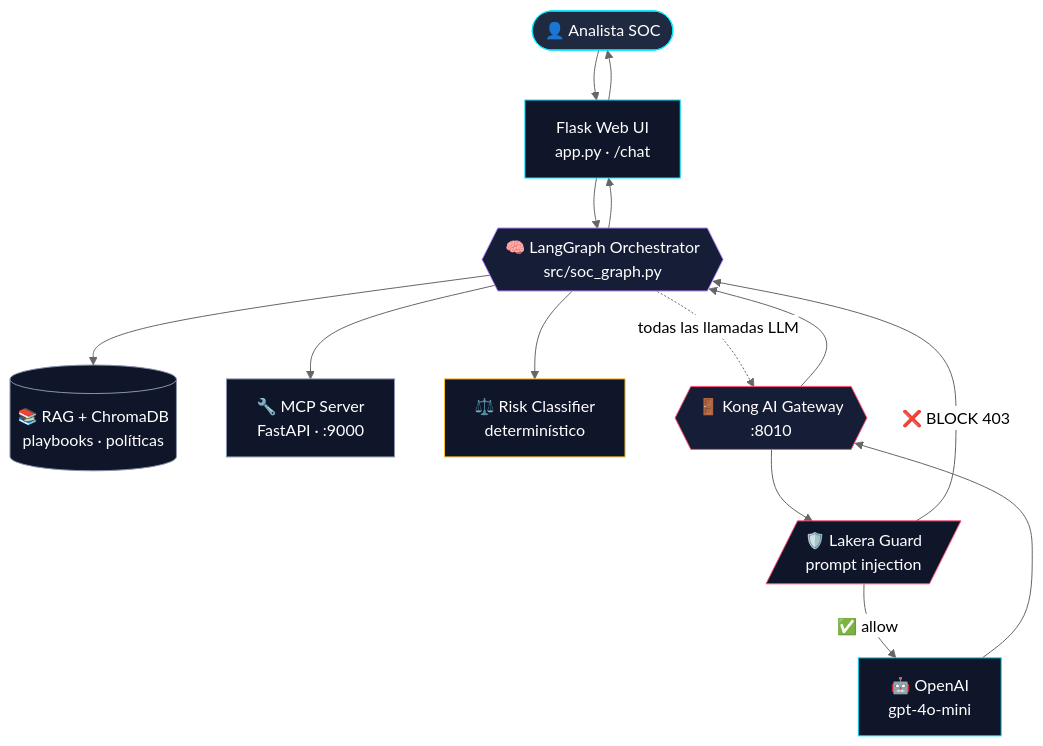
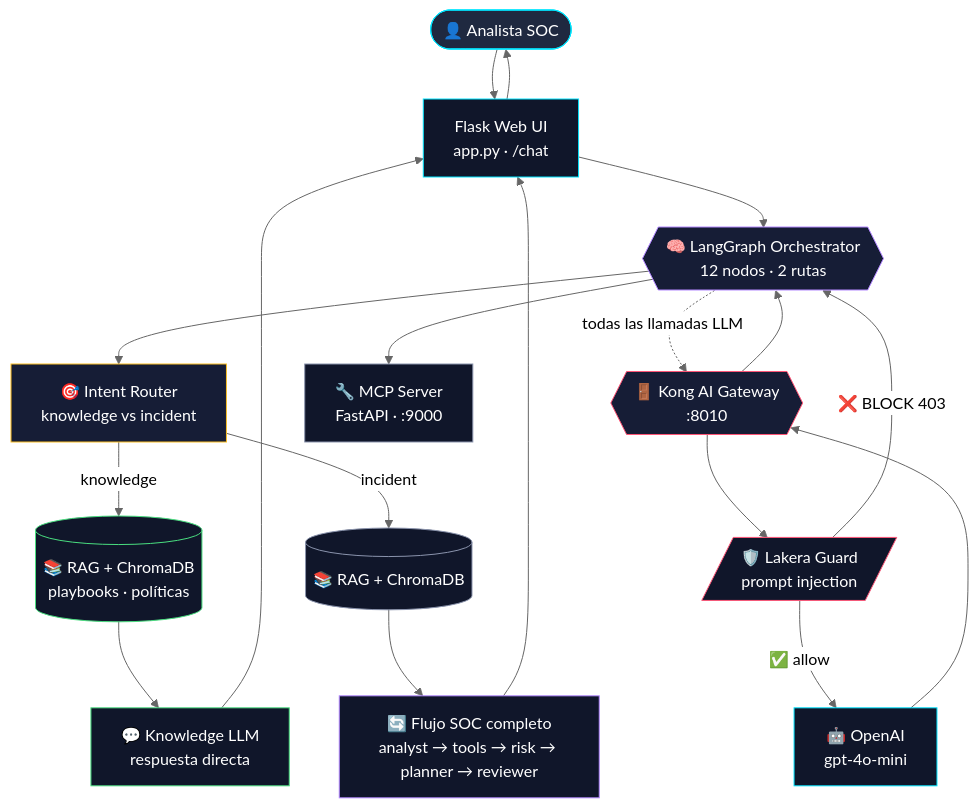
One commit to dcambronero/soc-copilot-agentic-ai-kong-lakera-langgraph changed the first of 3 diagrams in README.md. Above: the diagram before and after it, drawn with Mermaid (neutral theme). The commit also changed other lines of this file, not shown here.

Commit message:
Update README with V6 architecture and deployment guide

````diff
--- a/README.md
+++ b/README.md
@@ -67,30 +120,39 @@
 ```mermaid
 flowchart TD
     User([👤 Analista SOC]) --> Flask[Flask Web UI<br/>app.py · /chat]
-    Flask --> LG{{🧠 LangGraph Orchestrator<br/>src/soc_graph.py}}
+    Flask --> LG{{🧠 LangGraph Orchestrator<br/>12 nodos · 2 rutas}}
 
-    LG --> RAG[(📚 RAG + ChromaDB<br/>playbooks · políticas)]
-    LG --> MCP[🔧 MCP Server<br/>FastAPI · :9000]
-    LG --> Risk[⚖️ Risk Classifier<br/>determinístico]
+    LG --> IR[🎯 Intent Router<br/>knowledge vs incident]
+
+    IR -- knowledge --> KRAG[(📚 RAG + ChromaDB<br/>playbooks · políticas)]
+    IR -- incident --> RAG[(📚 RAG + ChromaDB)]
+
+    KRAG --> KLLM[💬 Knowledge LLM<br/>respuesta directa]
+    RAG --> Flow[🔄 Flujo SOC completo<br/>analyst → tools → risk → planner → reviewer]
 
     LG -.todas las llamadas LLM.-> Kong{{🚪 Kong AI Gateway<br/>:8010}}
+    LG --> MCP[🔧 MCP Server<br/>FastAPI · :9000]
 
     Kong --> Lakera[/🛡️ Lakera Guard<br/>prompt injection/]
     Lakera -- ❌ BLOCK 403 --> LG
     Lakera -- ✅ allow --> OpenAI[🤖 OpenAI<br/>gpt-4o-mini]
     OpenAI --> Kong
     Kong --> LG
 
-    LG --> Flask
+    KLLM --> Flask
+    Flow --> Flask
     Flask --> User
 
     style User fill:#1f2940,stroke:#00e5ff,color:#fff
     style Flask fill:#10162a,stroke:#00e5ff,color:#fff
     style LG fill:#161d36,stroke:#b388ff,color:#fff
+    style IR fill:#161d36,stroke:#fbbf24,color:#fff
     style Kong fill:#161d36,stroke:#ff5577,color:#fff
     style Lakera fill:#10162a,stroke:#ff5577,color:#fff
     style OpenAI fill:#10162a,stroke:#00e5ff,color:#fff
+    style KRAG fill:#10162a,stroke:#4ade80,color:#fff
     style RAG fill:#10162a,stroke:#8b94ad,color:#fff
+    style KLLM fill:#10162a,stroke:#4ade80,color:#fff
+    style Flow fill:#10162a,stroke:#b388ff,color:#fff
     style MCP fill:#10162a,stroke:#8b94ad,color:#fff
-    style Risk fill:#10162a,stroke:#fbbf24,color:#fff
 ```
````
